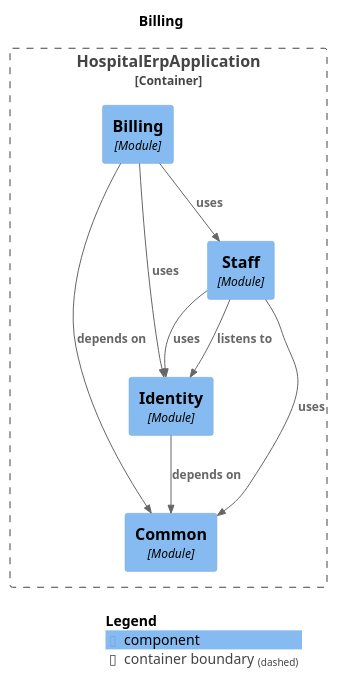
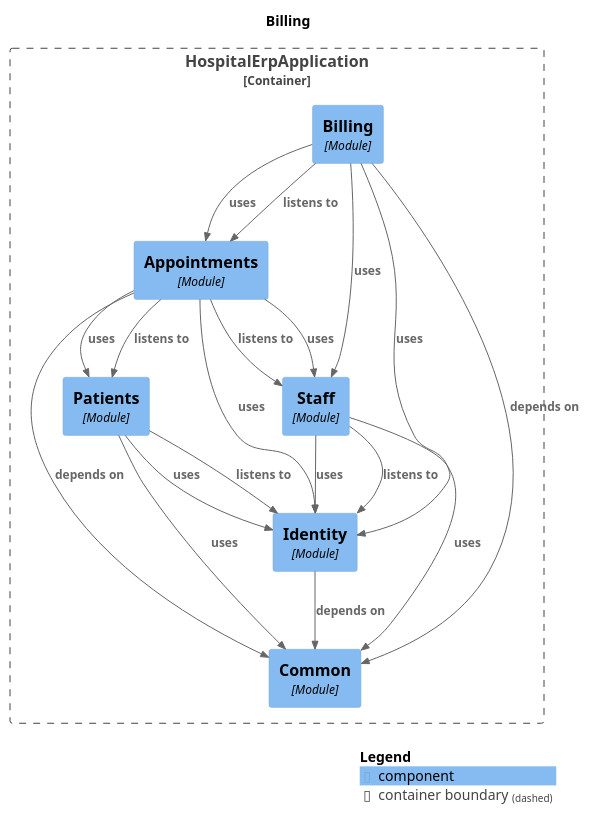
Before and after one commit to harshsharma5720/HospitalERP: the diagram in docs/modules/module-billing.puml, drawn with PlantUML. The commit also changed 29 other files, not shown here.

```diff
--- a/docs/modules/module-billing.puml
+++ b/docs/modules/module-billing.puml
@@ -1,27 +1,40 @@
 @startuml
 set separator none
 title Billing
 
 top to bottom direction
 
 !include <C4/C4>
 !include <C4/C4_Context>
 !include <C4/C4_Component>
 
 Container_Boundary("HospitalErpApplication.HospitalErpApplication_boundary", "HospitalErpApplication", $tags="") {
+  Component(HospitalErpApplication.HospitalErpApplication.Appointments, "Appointments", $techn="Module", $descr="", $tags="", $link="")
+  Component(HospitalErpApplication.HospitalErpApplication.Billing, "Billing", $techn="Module", $descr="", $tags="", $link="")
   Component(HospitalErpApplication.HospitalErpApplication.Common, "Common", $techn="Module", $descr="", $tags="", $link="")
   Component(HospitalErpApplication.HospitalErpApplication.Identity, "Identity", $techn="Module", $descr="", $tags="", $link="")
   Component(HospitalErpApplication.HospitalErpApplication.Staff, "Staff", $techn="Module", $descr="", $tags="", $link="")
-  Component(HospitalErpApplication.HospitalErpApplication.Billing, "Billing", $techn="Module", $descr="", $tags="", $link="")
+  Component(HospitalErpApplication.HospitalErpApplication.Patients, "Patients", $techn="Module", $descr="", $tags="", $link="")
 }
 
 Rel(HospitalErpApplication.HospitalErpApplication.Identity, HospitalErpApplication.HospitalErpApplication.Common, "depends on", $techn="", $tags="", $link="")
+Rel(HospitalErpApplication.HospitalErpApplication.Appointments, HospitalErpApplication.HospitalErpApplication.Staff, "listens to", $techn="", $tags="", $link="")
+Rel(HospitalErpApplication.HospitalErpApplication.Appointments, HospitalErpApplication.HospitalErpApplication.Patients, "listens to", $techn="", $tags="", $link="")
+Rel(HospitalErpApplication.HospitalErpApplication.Appointments, HospitalErpApplication.HospitalErpApplication.Common, "depends on", $techn="", $tags="", $link="")
+Rel(HospitalErpApplication.HospitalErpApplication.Appointments, HospitalErpApplication.HospitalErpApplication.Patients, "uses", $techn="", $tags="", $link="")
+Rel(HospitalErpApplication.HospitalErpApplication.Appointments, HospitalErpApplication.HospitalErpApplication.Staff, "uses", $techn="", $tags="", $link="")
+Rel(HospitalErpApplication.HospitalErpApplication.Appointments, HospitalErpApplication.HospitalErpApplication.Identity, "uses", $techn="", $tags="", $link="")
 Rel(HospitalErpApplication.HospitalErpApplication.Staff, HospitalErpApplication.HospitalErpApplication.Identity, "listens to", $techn="", $tags="", $link="")
 Rel(HospitalErpApplication.HospitalErpApplication.Staff, HospitalErpApplication.HospitalErpApplication.Identity, "uses", $techn="", $tags="", $link="")
 Rel(HospitalErpApplication.HospitalErpApplication.Staff, HospitalErpApplication.HospitalErpApplication.Common, "uses", $techn="", $tags="", $link="")
+Rel(HospitalErpApplication.HospitalErpApplication.Patients, HospitalErpApplication.HospitalErpApplication.Identity, "listens to", $techn="", $tags="", $link="")
+Rel(HospitalErpApplication.HospitalErpApplication.Patients, HospitalErpApplication.HospitalErpApplication.Identity, "uses", $techn="", $tags="", $link="")
+Rel(HospitalErpApplication.HospitalErpApplication.Patients, HospitalErpApplication.HospitalErpApplication.Common, "uses", $techn="", $tags="", $link="")
+Rel(HospitalErpApplication.HospitalErpApplication.Billing, HospitalErpApplication.HospitalErpApplication.Appointments, "listens to", $techn="", $tags="", $link="")
 Rel(HospitalErpApplication.HospitalErpApplication.Billing, HospitalErpApplication.HospitalErpApplication.Common, "depends on", $techn="", $tags="", $link="")
+Rel(HospitalErpApplication.HospitalErpApplication.Billing, HospitalErpApplication.HospitalErpApplication.Appointments, "uses", $techn="", $tags="", $link="")
 Rel(HospitalErpApplication.HospitalErpApplication.Billing, HospitalErpApplication.HospitalErpApplication.Staff, "uses", $techn="", $tags="", $link="")
 Rel(HospitalErpApplication.HospitalErpApplication.Billing, HospitalErpApplication.HospitalErpApplication.Identity, "uses", $techn="", $tags="", $link="")
 
 SHOW_LEGEND(true)
 @enduml
```
